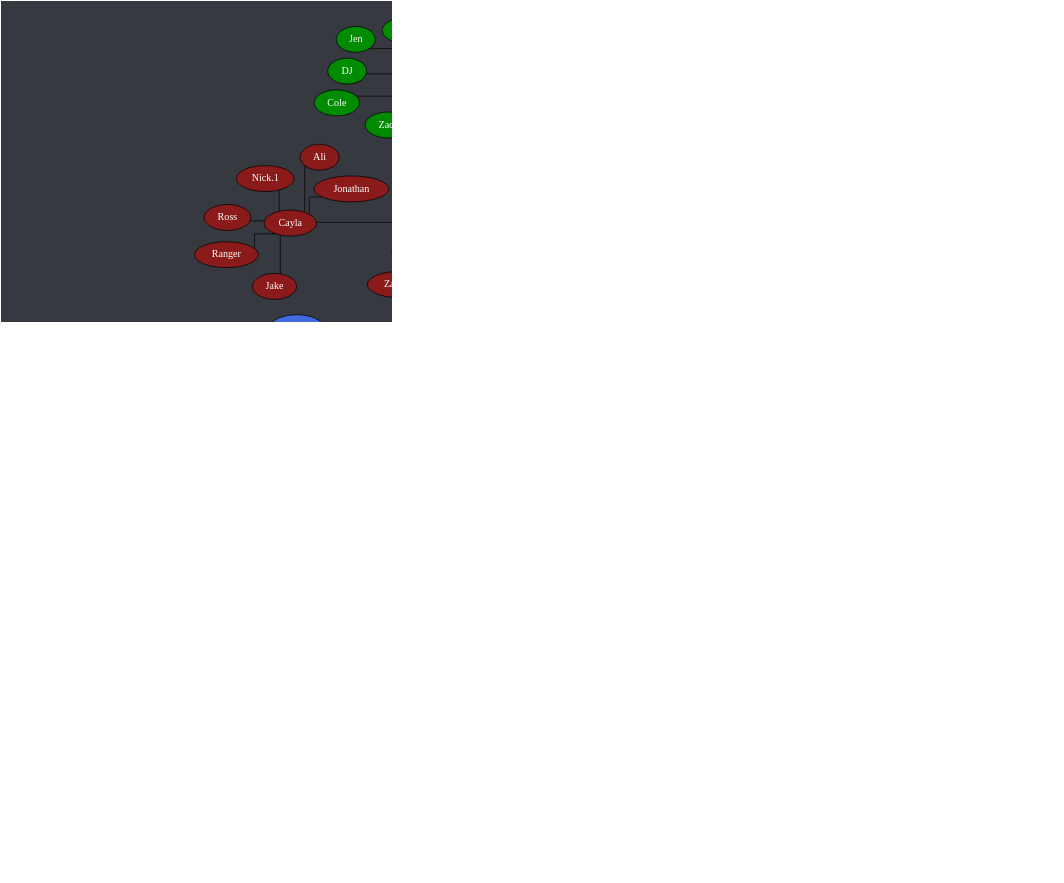
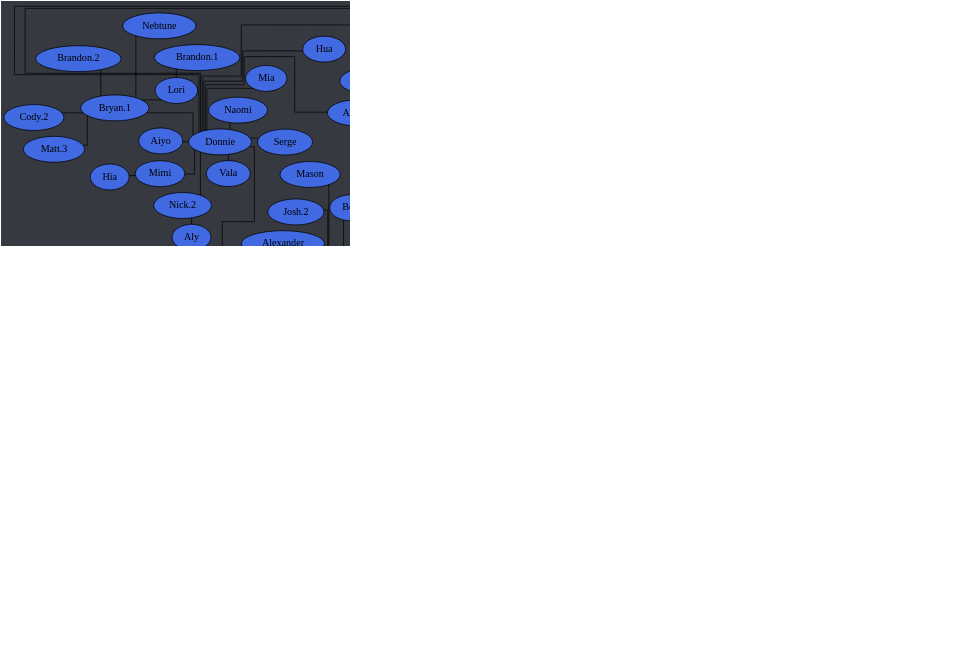
The diagram in tree.dot (Documidas/CoronaCatzFamilyTree), drawn with Graphviz before and after one commit. The commit also changed 1 other file, not shown here.

```diff
--- a/tree.dot
+++ b/tree.dot
@@ -1,181 +1,182 @@
 strict graph {
 	// Layout Configuration
 	layout = neato;
 	dpi = 200;
 	epsilon = 0.01;
 	mode = major;
 	model = subset;
 	overlap = false;
 	splines = ortho;
 	start = rand;
 
 	// Visual Configuration
 	graph [ truecolor=true bgcolor="#36393f" ];
 	node [ style=filled fillcolor="gray" fontcolor="black" ];
 
 	subgraph "Joel" {
 		node [ style=filled fillcolor="firebrick4" fontcolor="white" ];
 		Joel [ style=filled fillcolor="gold" fontcolor="black" ];
 
 		Cayla -- Ali;
 		Cayla -- Jake;
 		Cayla -- Jonathan;
 		Cayla -- "Nick.1";
 		Cayla -- Ranger;
 		Cayla -- Ross;
 		Joel -- Anders;
 		Joel -- Austin;
 		Joel -- Cayla;
 		Joel -- Jared;
 		Joel -- Patrick;
 		Joel -- Steven;
 		Joel -- Zachry;
 		Zachry -- Syd;
 	}
 
 	subgraph "Anders" {
 		node [ style=filled fillcolor="green4" fontcolor="white" ];
 		// Anders [ style=filled fillcolor="green4" fontcolor="white" ];
 
 		Anders -- Chiara;
 		Anders -- "Cody.1";
 		Anders -- Cole;
 		Anders -- Daniel;
 		Anders -- Derek;
 		Anders -- DJ;
 		Anders -- Jen;
 		Anders -- "Matt.2";
 		Anders -- Solis;
 		Anders -- Wyatt;
 		Anders -- Viwat;
 		Anders -- "Zach.0";
 		Anders -- Zack;
 	}
 
 	subgraph "Jared" {
 		node [ style=filled fillcolor="royalblue" fontcolor="black" ];
 		// Jared [ style=filled fillcolor="royalblue" fontcolor="black" ];
 
 		Aly -- "Nick.2";
 		America -- "Kat.2";
 		Brandi -- Justine;
 		"Bryan.1" -- "Brandon.2";
 		"Bryan.1" -- "Cody.2";
 		"Bryan.1" -- Lori;
 		"Bryan.1" -- "Matt.3";
 		"Bryan.1" -- Nebtune;
 		Donnie -- Aiyo;
 		Donnie -- "Alex.2";
 		Donnie -- Aresty;
 		Donnie -- "Bryan.1";
 		Donnie -- Hua;
 		Donnie -- Mello;
 		Donnie -- Mia;
 		Donnie -- Mimi;
 		Donnie -- Moon;
 		Donnie -- "Nick.2";
 		Donnie -- Naomi;
 		Donnie -- Serge;
 		Donnie -- Vala;
 		Gaby -- "Chris.2";
 		Lori -- "Brandon.1";
 		Jared -- Alexander;
 		Jared -- Ben;
 		Jared -- Brandi;
 		Jared -- "Carter-1.0";
 		Jared -- Chad;
 		Jared -- Dave;
 		Jared -- Donnie;
 		Jared -- Em;
 		Jared -- Fabi;
 		Jared -- Frank;
 		Jared -- Hannah;
 		Jared -- "John Boi";
 		Jared -- "Josh.2";
 		Jared -- Mason;
 		Jared -- "Matt.1";
 		Jared -- Mehmet;
 		Jared -- Nam;
 		Jared -- Pixie;
 		Jared -- Spencer;
 		Jared -- Tyler;
 		Jared -- "Zach/Laniakea";
 		Jared -- Zoe;
 		"John Boi" -- Hardie;
 		Mimi -- Hia;
 		Moon -- "Brandon.3";
 		Tyler -- Aly;
 		Tyler -- "Alex.3";
 		Tyler -- America;
 		Tyler -- "Bryan.2";
 		Tyler -- Gaby;
 		Zoe -- Aiden;
 	}
 
 	subgraph "Zach/Laniakea" {
 		node [ style=filled fillcolor="#4eff2c" fontcolor="black" ];
 		// "Zach/Laniakea" [ style=filled fillcolor="#4eff2c" fontcolor="black" ];
 
 		"Caio.2" -- "Kyle.1";
 		"Caio.2" -- Lucas;
 		"Ryan/Des" -- Marcus;
 		"Zach/Laniakea" -- "Caio.2";
 		"Zach/Laniakea" -- John;
 		"Zach/Laniakea" -- "Logan.1";
 		"Zach/Laniakea" -- Kevin;
 		"Zach/Laniakea" -- Kody;
 		"Zach/Laniakea" -- "Kyle.0";
 		"Zach/Laniakea" -- Mike;
 		"Zach/Laniakea" -- "Ryan/Des";
-		"Zach/Laniakea" -- "Ryan/Wenger";
+		"Zach/Laniakea" -- "Ryan/Winters";
+		"Ryan/Winters" -- "Zach.1";
 	}
 
 	subgraph "John" {
 		node [ style=filled fillcolor="#c89b3c" fontcolor="black" ];
 		// John [ style=filled fillcolor="#c89b3c" fontcolor="black" ];
 
 		Jay -- "Logan.2";
 		John -- Anna;
 		John -- Emily;
 		John -- Haber;
 		John -- Jay;
 		John -- "Jack.1";
 		John -- Lara;
 		John -- "Thomas.1";
 	}
 
 	subgraph "Thomas.1" {
 		node [ style=filled fillcolor="#b04900" fontcolor="black" ];
 		// "Thomas.1" [ style=filled fillcolor="#b04900" fontcolor="black" ];
 
 		"Da'Von" -- Dalton;
 		"Da'Von" -- Jon;
 		"Da'Von" -- Karma;
 		"Da'Von" -- Zeller;
 		Dalton -- "Carter.2";
 		"Thomas.1" -- Alex;
 		"Thomas.1" -- "Da'Von";
 		"Thomas.1" -- Dre;
 		"Thomas.1" -- "Josh.1";
 		"Thomas.1" -- "Tony.1";
 	}
 
 	subgraph "Alex" {
 		node [ style=filled fillcolor="#6f2da8" fontcolor="white" ];
 		// Alex [ style=filled fillcolor="#6f2da8" fontcolor="black" ];
 
 		Alex -- "Alex/Blitt";
 		Alex -- Sam;
 		"Alex/Blitt" -- Brian;
 		"Alex/Blitt" -- Dan;
 		"Alex/Blitt" -- Gabriel;
 		"Alex/Blitt" -- Joey;
 		"Alex/Blitt" -- "Kyle.3";
 		"Alex/Blitt" -- Mikael;
 		"Alex/Blitt" -- Nathan;
 		"Alex/Blitt" -- Nolan;
 		"Alex/Blitt" -- "Ryan.1";
 		Gabriel -- Rin;
 		Gabriel -- "Ryan.2";
 	}
 }
```
